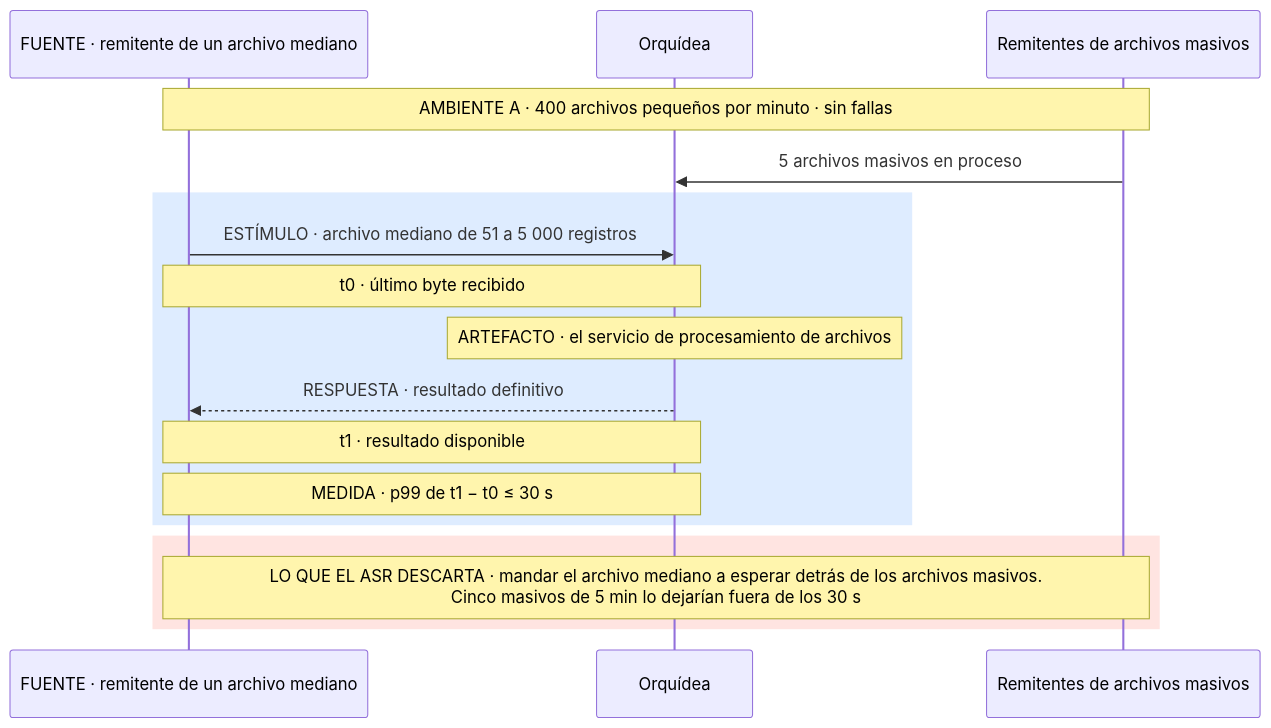
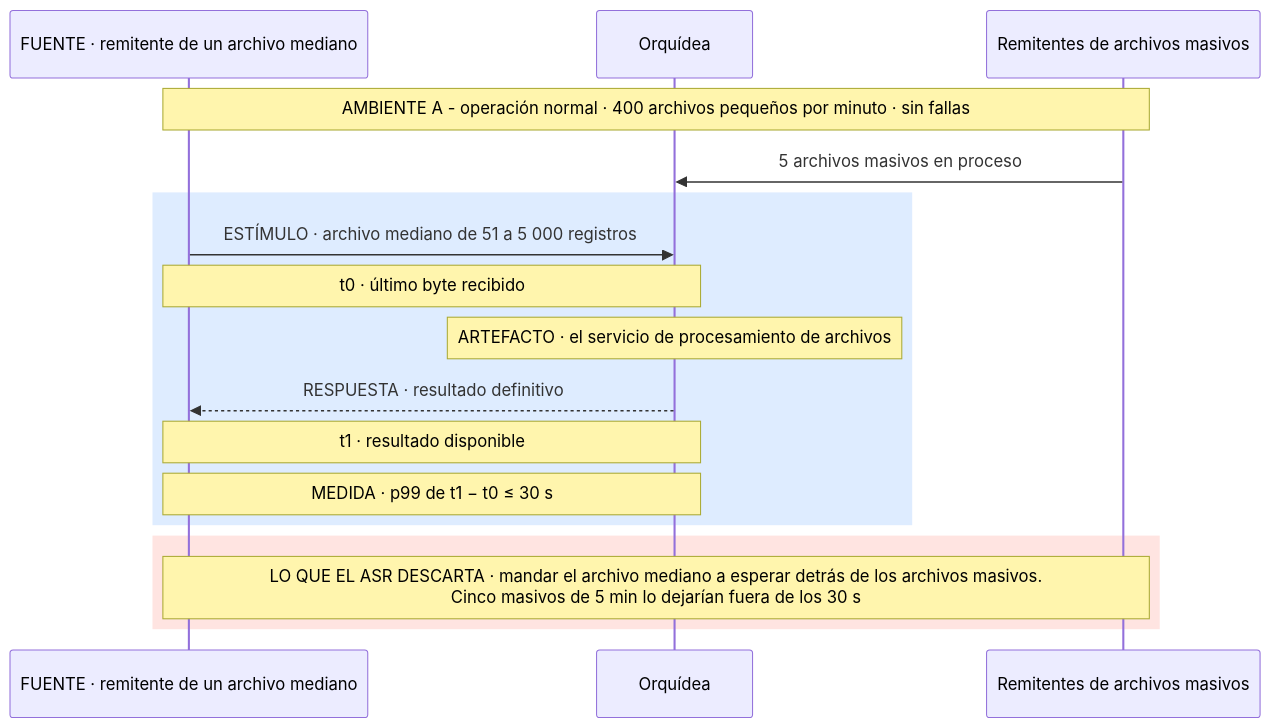
One commit to MATI-MBIT/arqsoft-reto-4 changed diagram 14 of 17 in docs/quality-attributes.md. Above: the diagram before and after it, drawn with Mermaid. The commit also changed other lines of this file and 6 other files, not shown here.

````diff
--- a/docs/quality-attributes.md
+++ b/docs/quality-attributes.md
@@ -637,19 +637,19 @@
 ```mermaid
 sequenceDiagram
     participant P as FUENTE · remitente de un archivo mediano
     participant O as Orquídea
     participant M as Remitentes de archivos masivos
-    Note over P,M: AMBIENTE A · 400 archivos pequeños por minuto · sin fallas
+    Note over P,M: AMBIENTE A - operación normal · 400 archivos pequeños por minuto · sin fallas
     M->>O: 5 archivos masivos en proceso
     rect rgb(222, 236, 255)
     P->>O: ESTÍMULO · archivo mediano de 51 a 5 000 registros
     Note over P,O: t0 · último byte recibido
     Note over O: ARTEFACTO · el servicio de procesamiento de archivos
     O-->>P: RESPUESTA · resultado definitivo
     Note over P,O: t1 · resultado disponible
     Note over P,O: MEDIDA · p99 de t1 − t0 ≤ 30 s
     end
     rect rgb(255, 228, 225)
     Note over P,M: LO QUE EL ASR DESCARTA · mandar el archivo mediano a esperar detrás de los archivos masivos.<br/>Cinco masivos de 5 min lo dejarían fuera de los 30 s
     end
 ```
````
